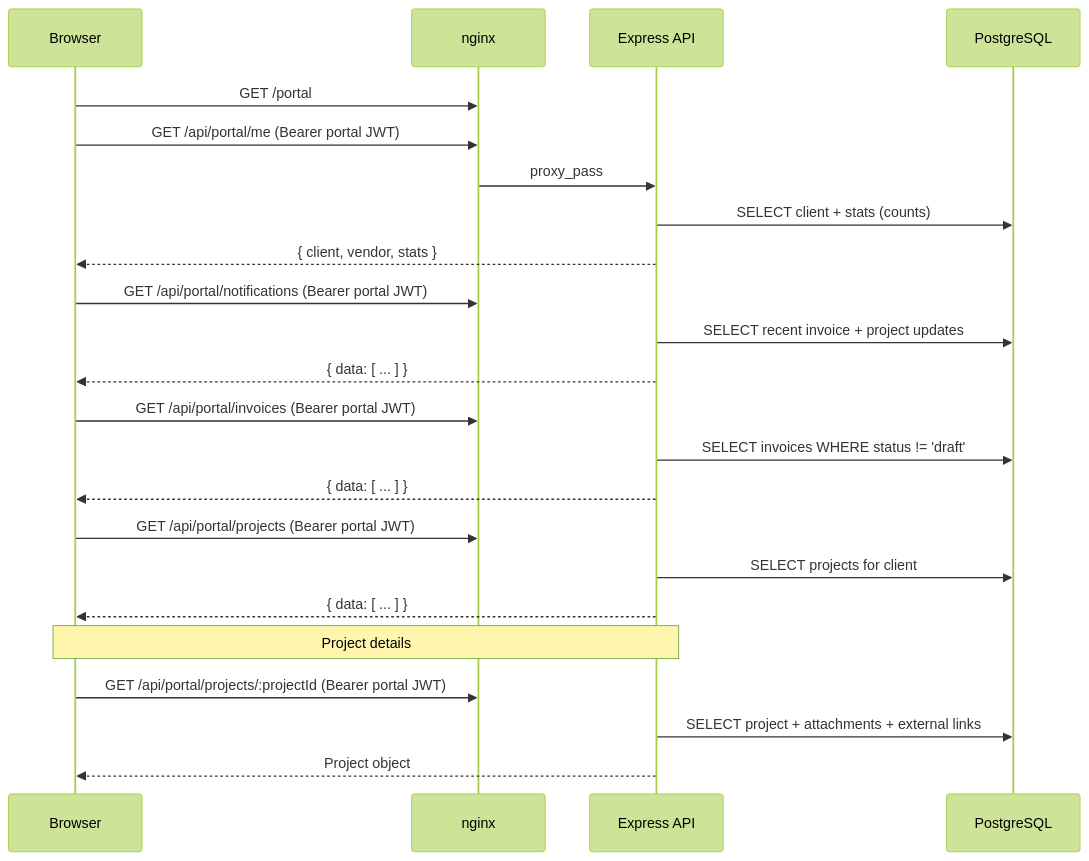
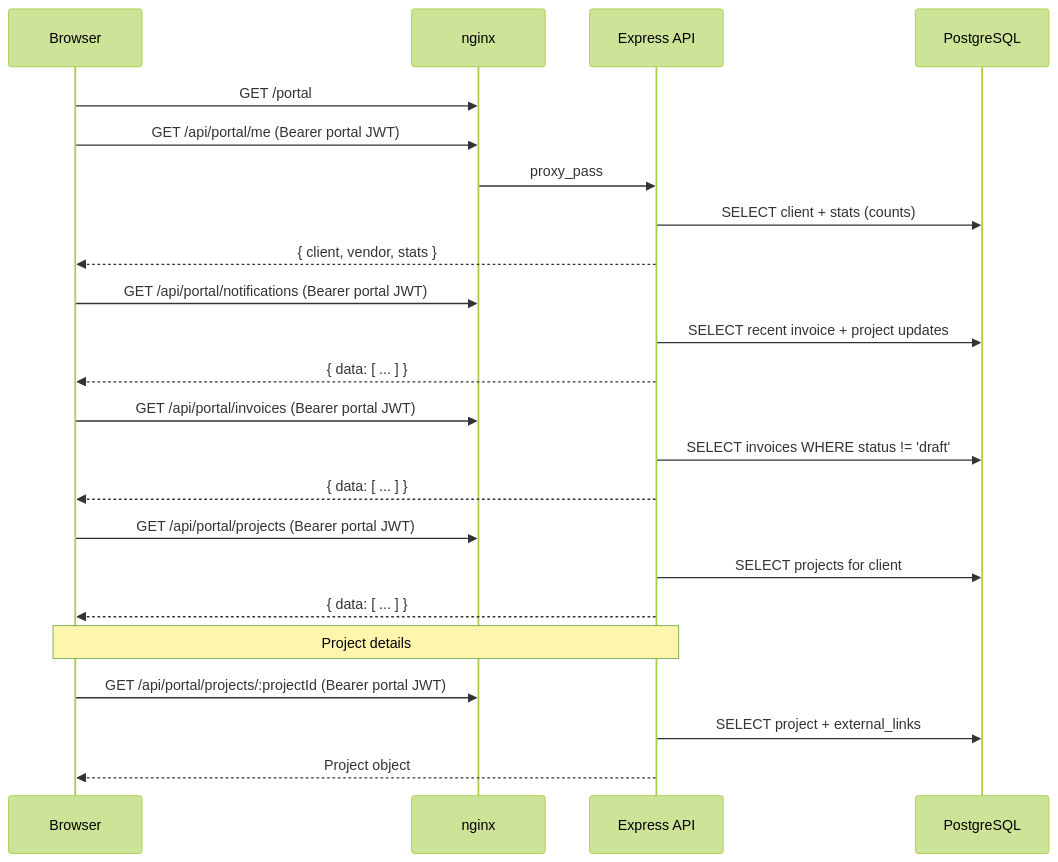
The fourth of 6 diagrams in docs/client-portal/login-and-usage.md (becomeonewiththecode/invoicing), drawn with Mermaid (forest theme) before and after one commit. The commit also changed 14 other files, not shown here.

First line of the commit message:
feat(backup): export/import v2 with projects and external links

````diff
--- a/docs/client-portal/login-and-usage.md
+++ b/docs/client-portal/login-and-usage.md
@@ -79,30 +79,30 @@
 ```mermaid
 sequenceDiagram
   participant B as Browser
   participant N as nginx
   participant E as Express API
   participant PG as PostgreSQL
 
   B->>N: GET /portal
   B->>N: GET /api/portal/me (Bearer portal JWT)
   N->>E: proxy_pass
   E->>PG: SELECT client + stats (counts)
   E-->>B: { client, vendor, stats }
 
   B->>N: GET /api/portal/notifications (Bearer portal JWT)
   E->>PG: SELECT recent invoice + project updates
   E-->>B: { data: [ ... ] }
 
   B->>N: GET /api/portal/invoices (Bearer portal JWT)
   E->>PG: SELECT invoices WHERE status != 'draft'
   E-->>B: { data: [ ... ] }
 
   B->>N: GET /api/portal/projects (Bearer portal JWT)
   E->>PG: SELECT projects for client
   E-->>B: { data: [ ... ] }
 
   Note over B,E: Project details
   B->>N: GET /api/portal/projects/:projectId (Bearer portal JWT)
-  E->>PG: SELECT project + attachments + external links
+  E->>PG: SELECT project + external_links
   E-->>B: Project object
 ```
````
